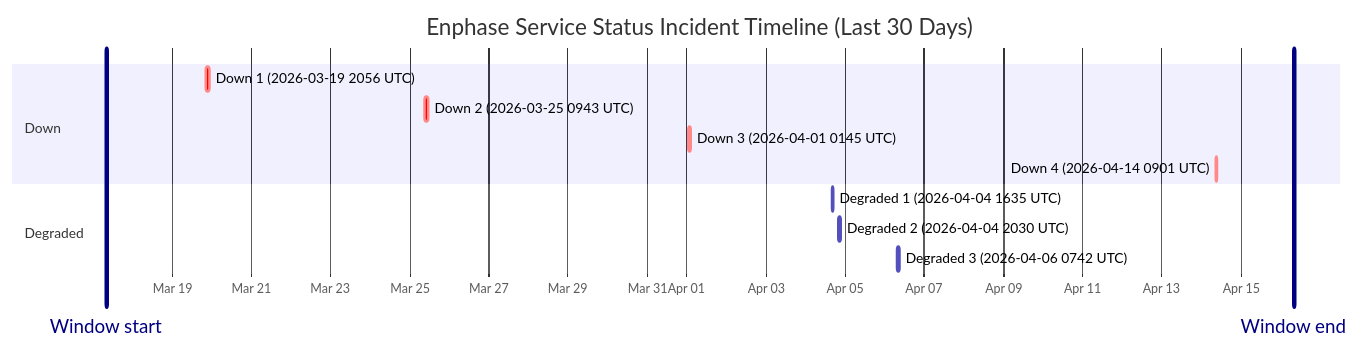
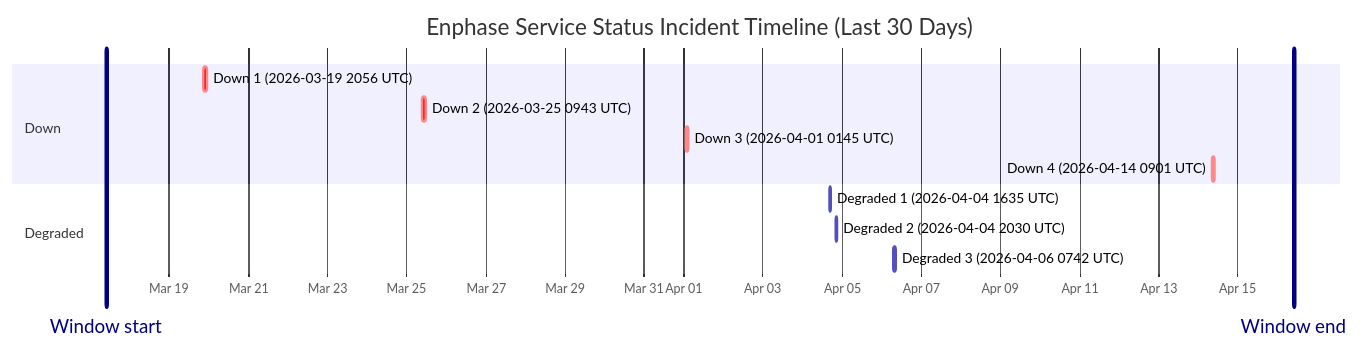
Before and after one commit to barneyonline/ha-enphase-ev-charger: the diagram in wiki/Service-Status-History.md, drawn with Mermaid. The commit also changed other lines of this file and 3 other files, not shown here.

````diff
--- a/wiki/Service-Status-History.md
+++ b/wiki/Service-Status-History.md
@@ -14,17 +14,17 @@
 ```mermaid
 gantt
     title Enphase Service Status Incident Timeline (Last 30 Days)
     dateFormat  YYYY-MM-DDTHH:mm:ss
     axisFormat  %b %d
-    Window start :vert, window-start, 2026-03-17T08:12:30, 0ms
-    Window end :vert, window-end, 2026-04-16T08:12:30, 0ms
+    Window start :vert, window-start, 2026-03-17T09:55:33, 0ms
+    Window end :vert, window-end, 2026-04-16T09:55:33, 0ms
     section Down
     Down 1 (2026-03-19 2056 UTC) :crit, down-1, 2026-03-19T20:56:20, 145m
     Down 2 (2026-03-25 0943 UTC) :crit, down-2, 2026-03-25T09:43:28, 111m
     Down 3 (2026-04-01 0145 UTC) :crit, down-3, 2026-04-01T01:45:09, 60m
     Down 4 (2026-04-14 0901 UTC) :crit, down-4, 2026-04-14T09:01:13, 60m
     section Degraded
     Degraded 1 (2026-04-04 1635 UTC) :active, degraded-1, 2026-04-04T16:35:17, 60m
     Degraded 2 (2026-04-04 2030 UTC) :active, degraded-2, 2026-04-04T20:30:40, 60m
     Degraded 3 (2026-04-06 0742 UTC) :active, degraded-3, 2026-04-06T07:42:09, 85m
 ```
````
